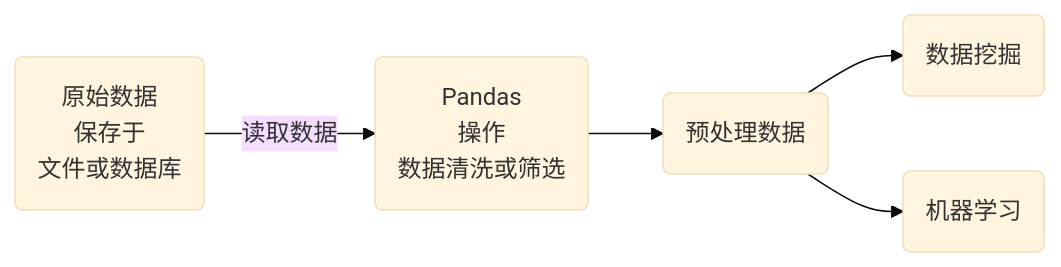
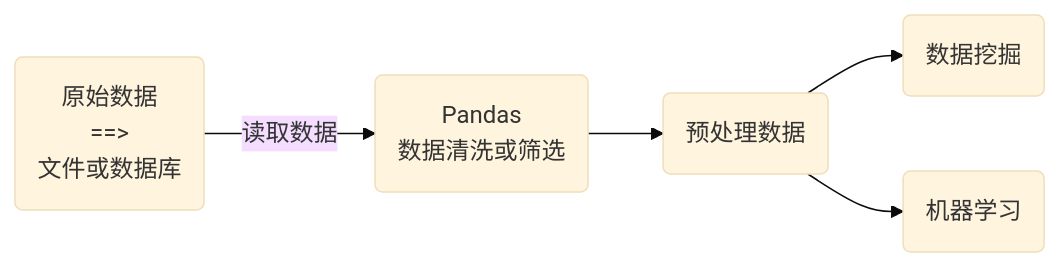
One commit to hughxusu/lesson-py changed the diagram in docs/e-usage/4-pandas.md. Above: the diagram before and after it, drawn with Mermaid (base theme). The commit also changed other lines of this file and 3 other files, not shown here.

````diff
--- a/docs/e-usage/4-pandas.md
+++ b/docs/e-usage/4-pandas.md
@@ -13,7 +9,7 @@
 ```mermaid
 graph LR
-a(原始数据\n保存于\n文件或数据库)--读取数据-->c
-c(Pandas\n操作\n数据清洗或筛选)-->d(预处理数据)
+a(原始数据\n==>\n文件或数据库)--读取数据-->c
+c(Pandas\n数据清洗或筛选)-->d(预处理数据)
 d-->i(数据挖掘)
 d-->f(机器学习)
 ```
````
